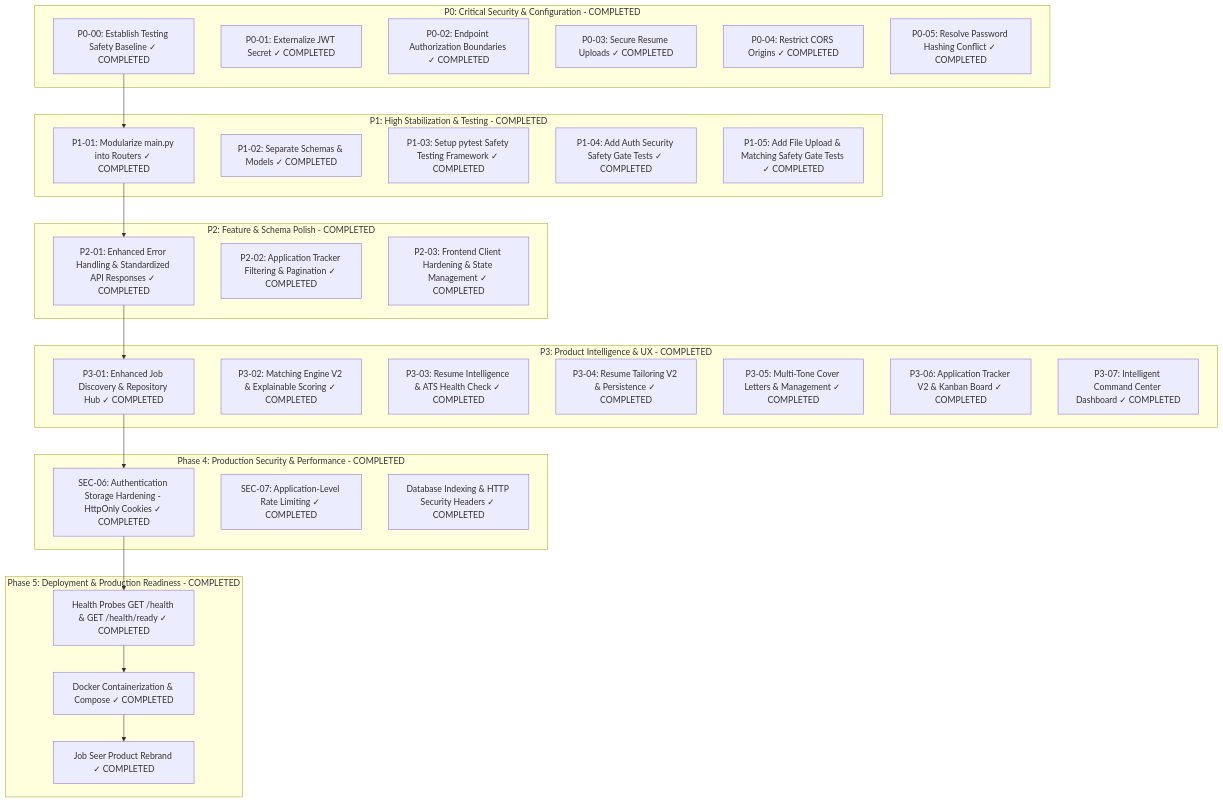
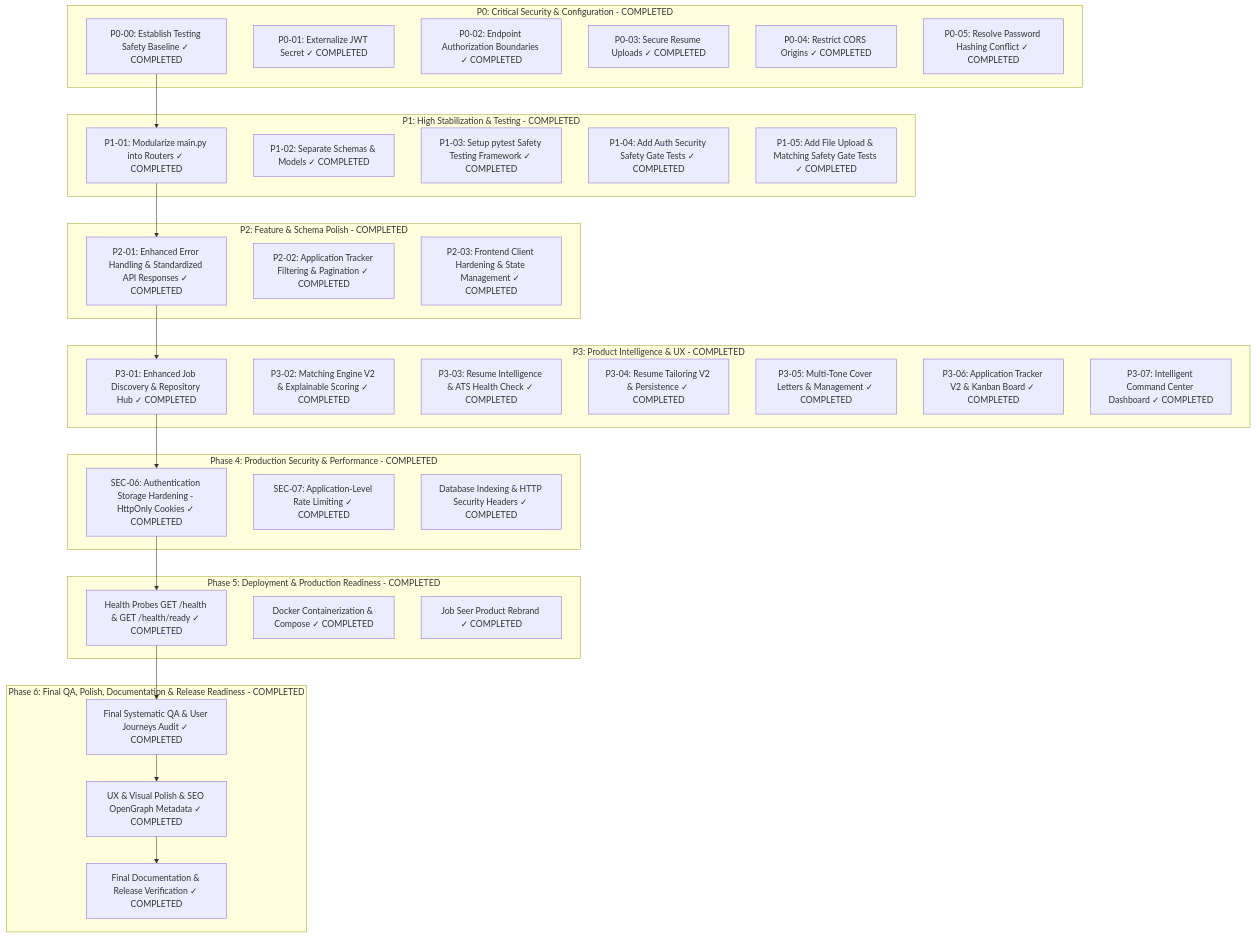
One commit to AlvinMutie/Job-seer changed the diagram in docs/ROADMAP.md. Above: the diagram before and after it, drawn with Mermaid. The commit also changed other lines of this file and 37 other files, not shown here.

Commit message:
docs: update project README and roadmap to reflect current matching engine capabilities and features

````diff
--- a/docs/ROADMAP.md
+++ b/docs/ROADMAP.md
@@ -9,49 +9,55 @@
 ```mermaid
 flowchart TD
     subgraph P0 [P0: Critical Security & Configuration - COMPLETED]
         P0-00[P0-00: Establish Testing Safety Baseline ✓ COMPLETED]
         P0-01[P0-01: Externalize JWT Secret ✓ COMPLETED]
         P0-02[P0-02: Endpoint Authorization Boundaries ✓ COMPLETED]
         P0-03[P0-03: Secure Resume Uploads ✓ COMPLETED]
         P0-04[P0-04: Restrict CORS Origins ✓ COMPLETED]
         P0-05[P0-05: Resolve Password Hashing Conflict ✓ COMPLETED]
     end
 
     subgraph P1 [P1: High Stabilization & Testing - COMPLETED]
         P1-01[P1-01: Modularize main.py into Routers ✓ COMPLETED]
         P1-02[P1-02: Separate Schemas & Models ✓ COMPLETED]
         P1-03[P1-03: Setup pytest Safety Testing Framework ✓ COMPLETED]
         P1-04[P1-04: Add Auth Security Safety Gate Tests ✓ COMPLETED]
         P1-05[P1-05: Add File Upload & Matching Safety Gate Tests ✓ COMPLETED]
     end
 
     subgraph P2 [P2: Feature & Schema Polish - COMPLETED]
         P2-01[P2-01: Enhanced Error Handling & Standardized API Responses ✓ COMPLETED]
         P2-02[P2-02: Application Tracker Filtering & Pagination ✓ COMPLETED]
         P2-03[P2-03: Frontend Client Hardening & State Management ✓ COMPLETED]
     end
 
     subgraph P3 [P3: Product Intelligence & UX - COMPLETED]
         P3-01[P3-01: Enhanced Job Discovery & Repository Hub ✓ COMPLETED]
         P3-02[P3-02: Matching Engine V2 & Explainable Scoring ✓ COMPLETED]
         P3-03[P3-03: Resume Intelligence & ATS Health Check ✓ COMPLETED]
         P3-04[P3-04: Resume Tailoring V2 & Persistence ✓ COMPLETED]
         P3-05[P3-05: Multi-Tone Cover Letters & Management ✓ COMPLETED]
         P3-06[P3-06: Application Tracker V2 & Kanban Board ✓ COMPLETED]
         P3-07[P3-07: Intelligent Command Center Dashboard ✓ COMPLETED]
     end
 
     subgraph P4 [Phase 4: Production Security & Performance - COMPLETED]
         P4-SEC06[SEC-06: Authentication Storage Hardening - HttpOnly Cookies ✓ COMPLETED]
         P4-SEC07[SEC-07: Application-Level Rate Limiting ✓ COMPLETED]
         P4-PERF[Database Indexing & HTTP Security Headers ✓ COMPLETED]
     end
 
     subgraph P5 [Phase 5: Deployment & Production Readiness - COMPLETED]
         P5-HEALTH[Health Probes GET /health & GET /health/ready ✓ COMPLETED]
         P5-DOCKER[Docker Containerization & Compose ✓ COMPLETED]
         P5-REBRAND[Job Seer Product Rebrand ✓ COMPLETED]
     end
 
-    P0-00 --> P1-01 --> P2-01 --> P3-01 --> P4-SEC06 --> P5-HEALTH --> P5-DOCKER --> P5-REBRAND
+    subgraph P6 [Phase 6: Final QA, Polish, Documentation & Release Readiness - COMPLETED]
+        P6-QA[Final Systematic QA & User Journeys Audit ✓ COMPLETED]
+        P6-POLISH[UX & Visual Polish & SEO OpenGraph Metadata ✓ COMPLETED]
+        P6-DOCS[Final Documentation & Release Verification ✓ COMPLETED]
+    end
+
+    P0-00 --> P1-01 --> P2-01 --> P3-01 --> P4-SEC06 --> P5-HEALTH --> P6-QA --> P6-POLISH --> P6-DOCS
 ```
````
